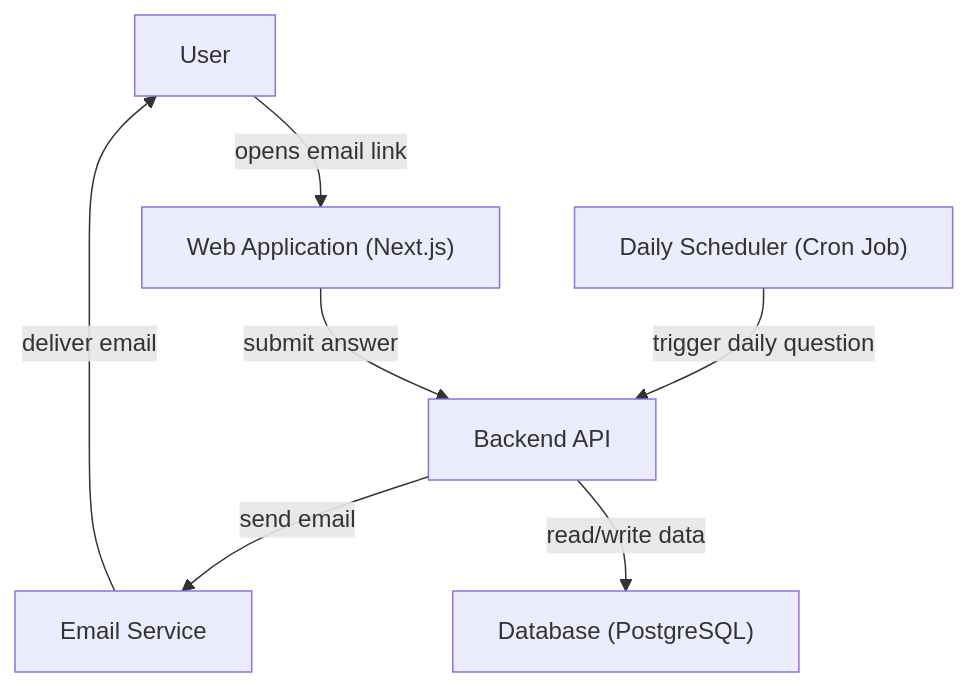
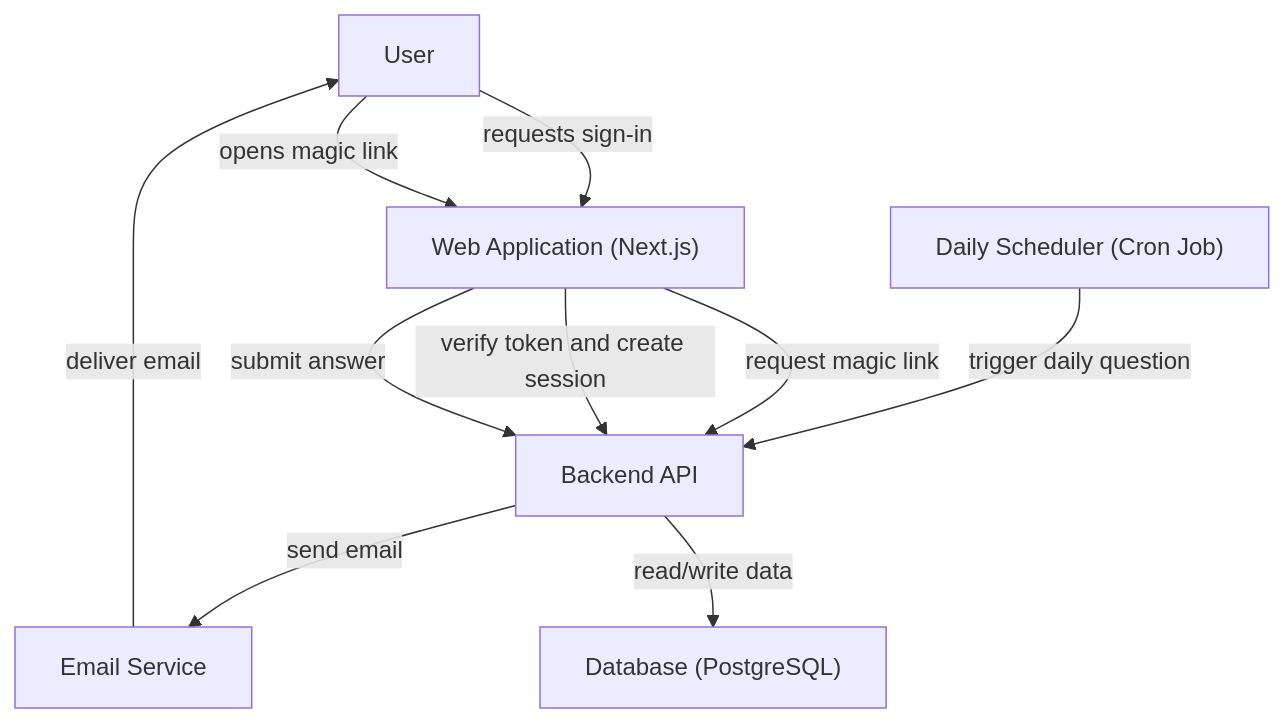
The diagram in docs/architecture.md (wwaaoonn/daily-study-app), drawn with Mermaid before and after one commit. The commit also changed 4 other files, not shown here.

````diff
--- a/docs/architecture.md
+++ b/docs/architecture.md
@@ -5,15 +5,18 @@
 ```mermaid
 flowchart TD
 
-User["User"] -->|opens email link| WebApp["Web Application (Next.js)"]
+User["User"] -->|requests sign-in| WebApp["Web Application (Next.js)"]
+User -->|opens magic link| WebApp
 
 Scheduler["Daily Scheduler (Cron Job)"] -->|trigger daily question| API["Backend API"]
 
+WebApp -->|request magic link| API
 API -->|send email| EmailService["Email Service"]
 
 EmailService -->|deliver email| User
 
+WebApp -->|verify token and create session| API
 WebApp -->|submit answer| API
 
 API -->|read/write data| Database["Database (PostgreSQL)"]
 ```
````
